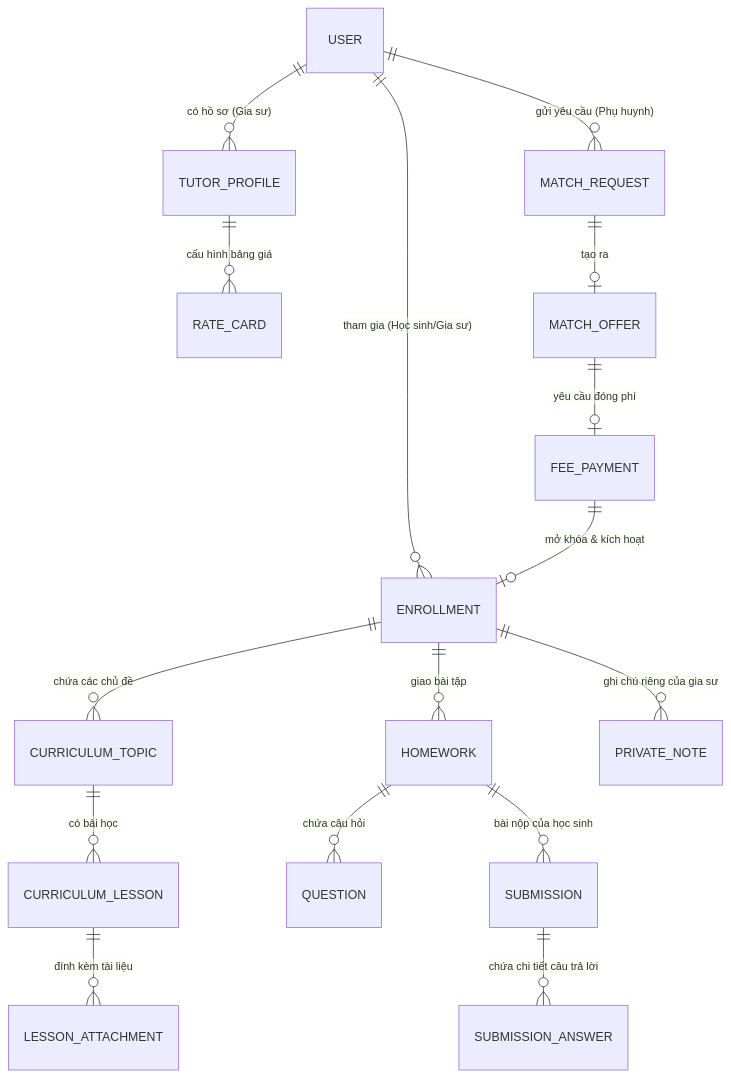
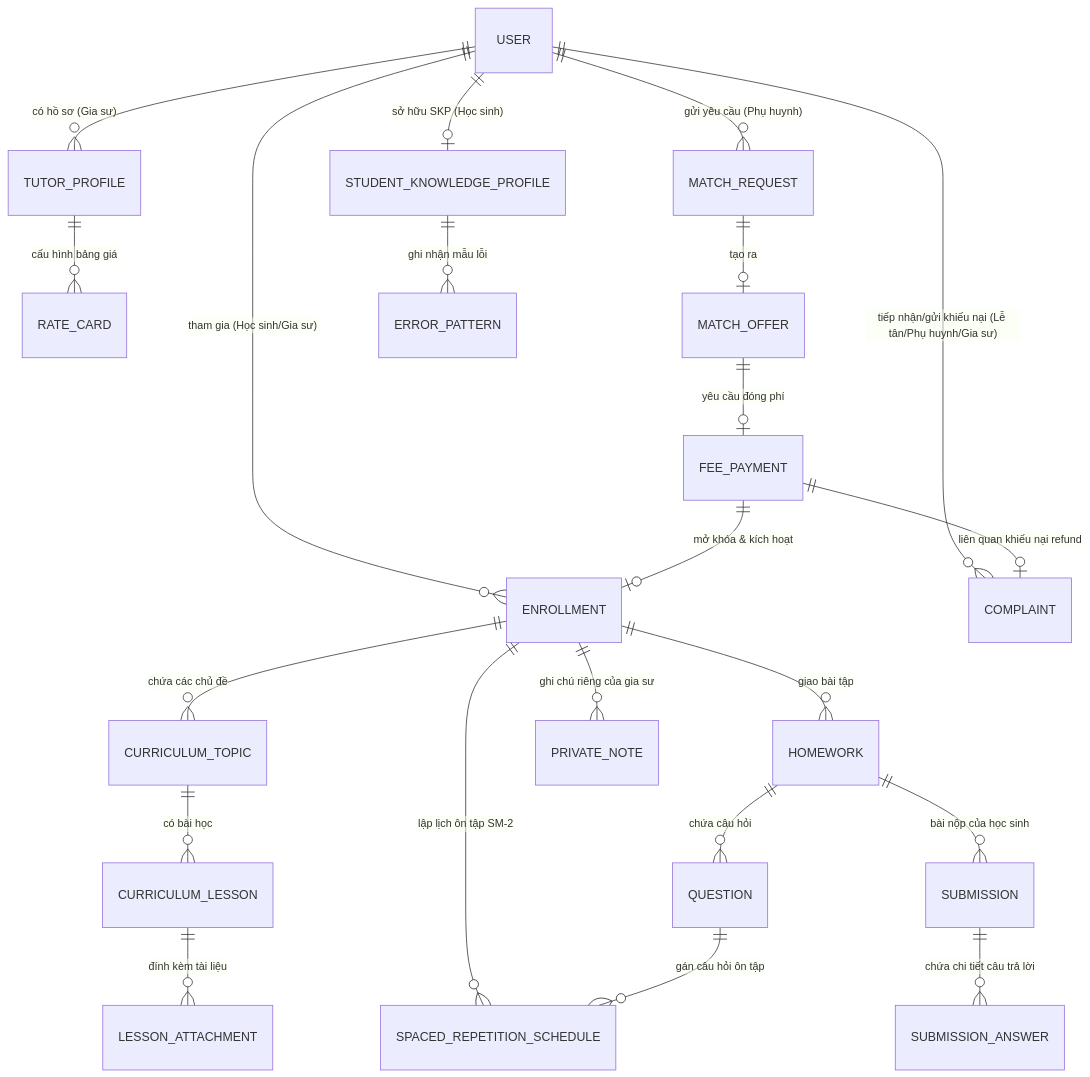
The third of 3 diagrams in _bmad-output/planning-artifacts/architecture/architecture-final_project-2026-09-07/ARCHITECTURE-SPINE.md (quangnguyenviet/English-tutor-platform-final-project-2026), drawn with Mermaid before and after one commit. The commit also changed other lines of this file and 1 other file, not shown here.

Commit message:
docs: cap nhat kien truc he thong bo sung SKP, Spaced Repetition, Le tan va Khieu nai

````diff
--- a/_bmad-output/planning-artifacts/architecture/architecture-final_project-2026-09-07/ARCHITECTURE-SPINE.md
+++ b/_bmad-output/planning-artifacts/architecture/architecture-final_project-2026-09-07/ARCHITECTURE-SPINE.md
@@ -208,21 +241,28 @@
 ```mermaid
 erDiagram
     USER ||--o{ MATCH_REQUEST : "gửi yêu cầu (Phụ huynh)"
     USER ||--o{ TUTOR_PROFILE : "có hồ sơ (Gia sư)"
     USER ||--o{ ENROLLMENT : "tham gia (Học sinh/Gia sư)"
+    USER ||--o{ COMPLAINT : "tiếp nhận/gửi khiếu nại (Lễ tân/Phụ huynh/Gia sư)"
     
     TUTOR_PROFILE ||--o{ RATE_CARD : "cấu hình bảng giá"
     MATCH_REQUEST ||--o| MATCH_OFFER : "tạo ra"
     MATCH_OFFER ||--o| FEE_PAYMENT : "yêu cầu đóng phí"
     FEE_PAYMENT ||--o| ENROLLMENT : "mở khóa & kích hoạt"
+    FEE_PAYMENT ||--o| COMPLAINT : "liên quan khiếu nại refund"
     
     ENROLLMENT ||--o{ CURRICULUM_TOPIC : "chứa các chủ đề"
     CURRICULUM_TOPIC ||--o{ CURRICULUM_LESSON : "có bài học"
     CURRICULUM_LESSON ||--o{ LESSON_ATTACHMENT : "đính kèm tài liệu"
     
     ENROLLMENT ||--o{ HOMEWORK : "giao bài tập"
     HOMEWORK ||--o{ QUESTION : "chứa câu hỏi"
     HOMEWORK ||--o{ SUBMISSION : "bài nộp của học sinh"
     SUBMISSION ||--o{ SUBMISSION_ANSWER : "chứa chi tiết câu trả lời"
     ENROLLMENT ||--o{ PRIVATE_NOTE : "ghi chú riêng của gia sư"
+
+    USER ||--o| STUDENT_KNOWLEDGE_PROFILE : "sở hữu SKP (Học sinh)"
+    STUDENT_KNOWLEDGE_PROFILE ||--o{ ERROR_PATTERN : "ghi nhận mẫu lỗi"
+    ENROLLMENT ||--o{ SPACED_REPETITION_SCHEDULE : "lập lịch ôn tập SM-2"
+    QUESTION ||--o{ SPACED_REPETITION_SCHEDULE : "gán câu hỏi ôn tập"
 ```
````
